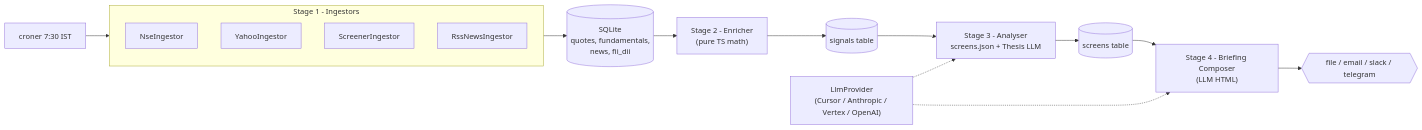
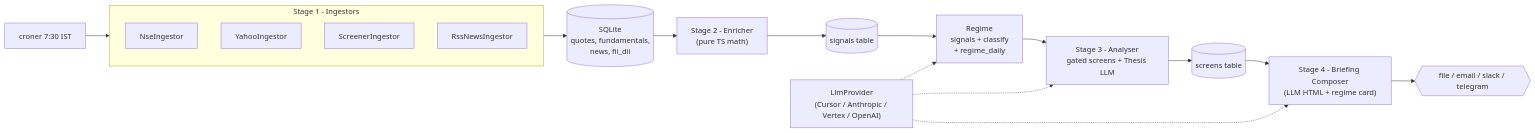
The diagram in README.md (Shubhamjain2908/market-pulse-AI), drawn with Mermaid before and after one commit. The commit also changed other lines of this file and 3 other files, not shown here.

````diff
--- a/README.md
+++ b/README.md
@@ -54,19 +62,21 @@
 ```mermaid
 flowchart LR
     Cron["croner 7:30 IST"] --> Ingest
     subgraph Ingest [Stage 1 - Ingestors]
         NSE[NseIngestor]
         Yahoo[YahooIngestor]
         Screener[ScreenerIngestor]
         RSS[RssNewsIngestor]
     end
     Ingest --> DB[("SQLite<br/>quotes, fundamentals,<br/>news, fii_dii")]
     DB --> Enrich["Stage 2 - Enricher<br/>(pure TS math)"]
     Enrich --> SignalsDB[("signals table")]
-    SignalsDB --> Analyse["Stage 3 - Analyser<br/>screens.json + Thesis LLM"]
+    SignalsDB --> Regime["Regime<br/>signals + classify<br/>+ regime_daily"]
+    Regime --> Analyse["Stage 3 - Analyser<br/>gated screens + Thesis LLM"]
     Analyse --> ScreensDB[("screens table")]
-    ScreensDB --> Brief["Stage 4 - Briefing Composer<br/>(LLM HTML)"]
+    ScreensDB --> Brief["Stage 4 - Briefing Composer<br/>(LLM HTML + regime card)"]
     Brief --> Deliver{{"file / email / slack / telegram"}}
-    LlmAbstraction["LlmProvider<br/>(Cursor / Anthropic / Vertex / OpenAI)"] -.-> Analyse
+    LlmAbstraction["LlmProvider<br/>(Cursor / Anthropic / Vertex / OpenAI)"] -.-> Regime
+    LlmAbstraction -.-> Analyse
     LlmAbstraction -.-> Brief
 ```
````
